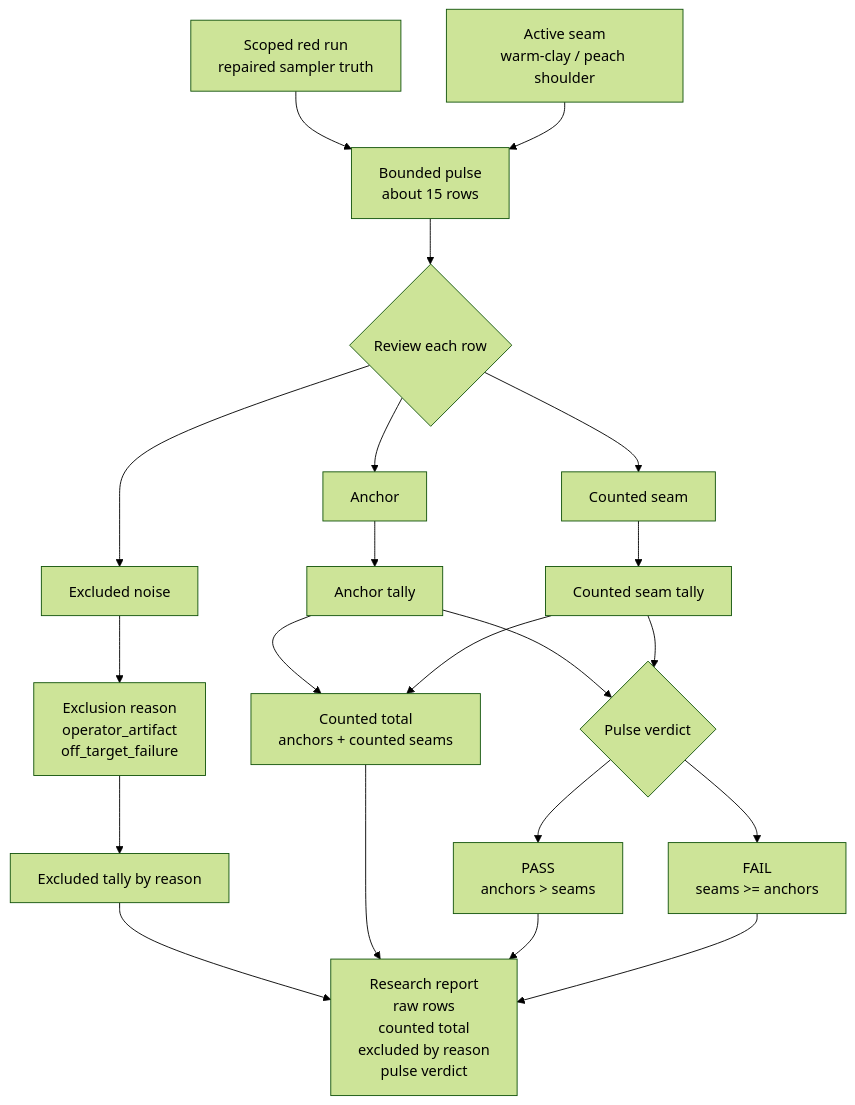
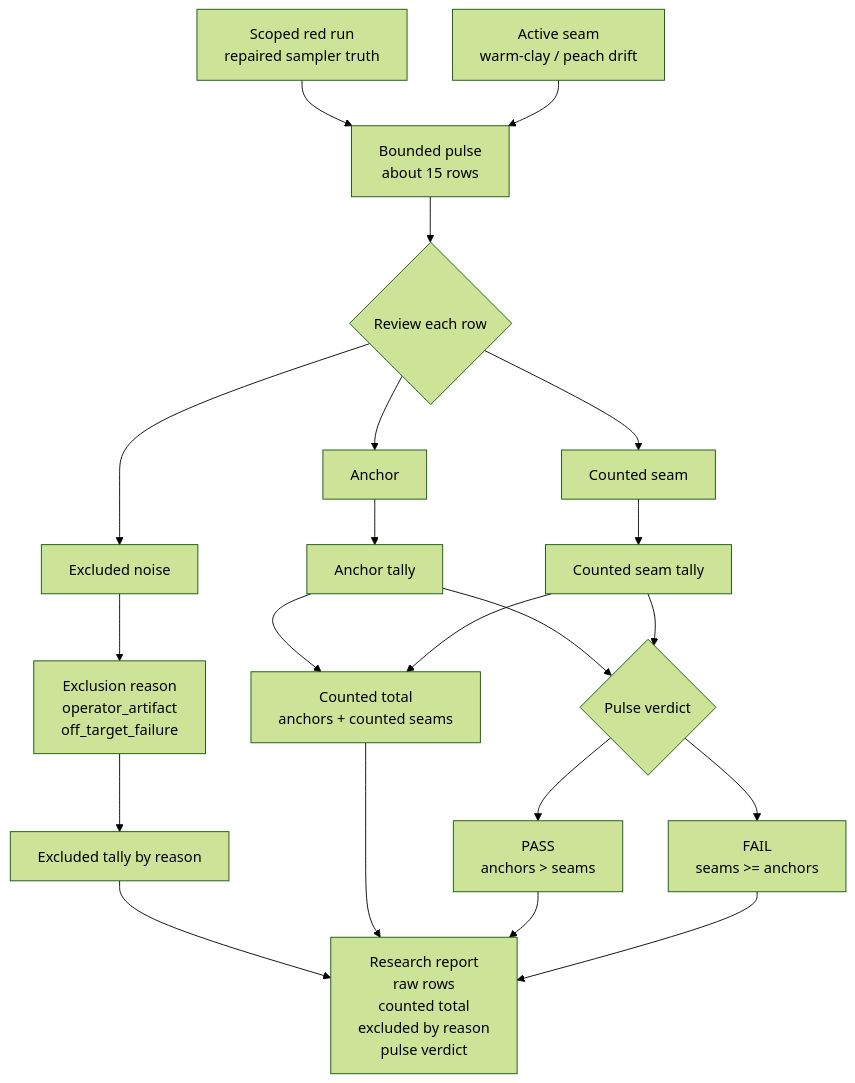
The diagram in docs/research/pre_beta_1_fail_pressure_pulse_2026-05-16.md (tryskian/huemiliator), drawn with Mermaid (forest theme) before and after one commit. The commit also changed other lines of this file and 15 other files, not shown here.

First line of the commit message:
feat: advance beta 1 pulse evaluation flow (#73)

````diff
--- a/docs/research/pre_beta_1_fail_pressure_pulse_2026-05-16.md
+++ b/docs/research/pre_beta_1_fail_pressure_pulse_2026-05-16.md
@@ -97,36 +103,36 @@
 ```mermaid
 flowchart TD
   A["Scoped red run<br/>repaired sampler truth"]
   B["Bounded pulse<br/>about 15 rows"]
-  C["Active seam<br/>warm-clay / peach shoulder"]
+  C["Active seam<br/>warm-clay / peach drift"]
   D{"Review each row"}
   E["Anchor"]
   F["Counted seam"]
   G["Excluded noise"]
   H["Exclusion reason<br/>operator_artifact<br/>off_target_failure"]
   I["Anchor tally"]
   J["Counted seam tally"]
   K["Excluded tally by reason"]
   L["Counted total<br/>anchors + counted seams"]
   M{"Pulse verdict"}
   N["PASS<br/>anchors > seams"]
   O["FAIL<br/>seams >= anchors"]
   P["Research report<br/>raw rows<br/>counted total<br/>excluded by reason<br/>pulse verdict"]
 
   A --> B
   C --> B
   B --> D
   D --> E --> I
   D --> F --> J
   D --> G --> H --> K
   I --> L
   J --> L
   I --> M
   J --> M
   M --> N
   M --> O
   K --> P
   L --> P
   N --> P
   O --> P
 ```
````
